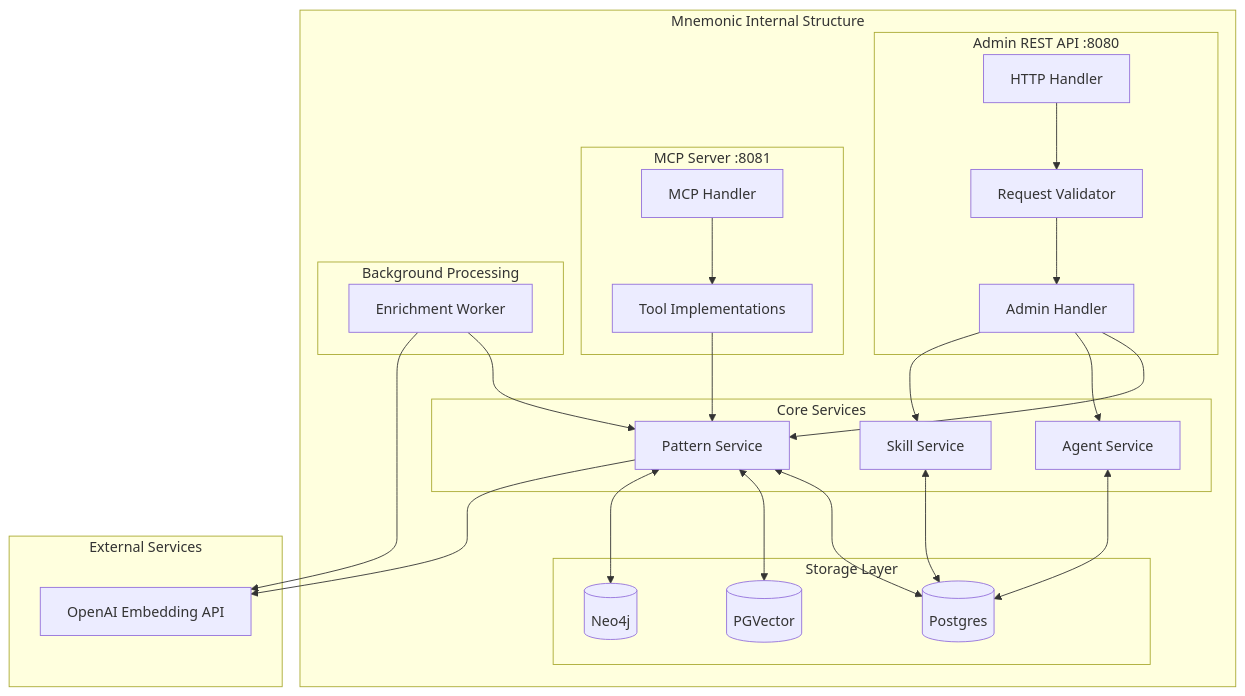
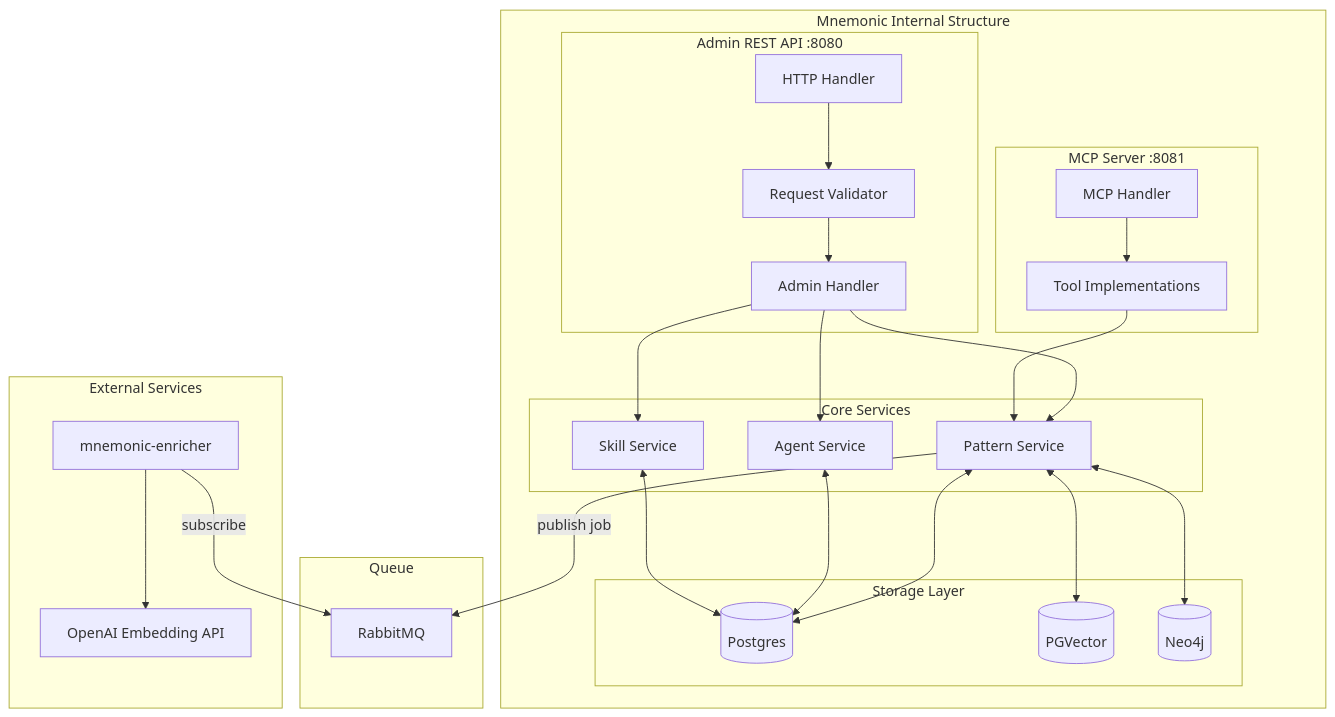
The second of 6 diagrams in docs/architecture/02-system-architecture.md (twistingmercury/mnemonic-api), drawn with Mermaid before and after one commit. The commit also changed 1 other file, not shown here.

Commit message:
docs: update embedding model defaults and fix architecture diagram

````diff
--- a/docs/architecture/02-system-architecture.md
+++ b/docs/architecture/02-system-architecture.md
@@ -84,54 +84,56 @@
 ```mermaid
 graph TB
     subgraph "Mnemonic Internal Structure"
         subgraph "Admin REST API :8080"
             REST_HANDLER[HTTP Handler]
             REST_VALID[Request Validator]
             ADMIN_SVC[Admin Handler]
         end
 
         subgraph "MCP Server :8081"
             MCP_HANDLER[MCP Handler]
             MCP_TOOLS[Tool Implementations]
         end
 
         subgraph "Core Services"
             PATTERN[Pattern Service]
             AGENT[Agent Service]
             SKILL[Skill Service]
         end
 
         subgraph "Storage Layer"
             PG[(Postgres)]
             PGV[(PGVector)]
             NEO[(Neo4j)]
         end
 
-        subgraph "Background Processing"
-            ENRICH[Enrichment Worker]
-        end
+    end
+
+    subgraph "Queue"
+        RMQ[RabbitMQ]
     end
 
     subgraph "External Services"
         OPENAI[OpenAI Embedding API]
+        ENRICHER[mnemonic-enricher]
     end
 
     REST_HANDLER --> REST_VALID
     REST_VALID --> ADMIN_SVC
     ADMIN_SVC --> PATTERN
     ADMIN_SVC --> AGENT
     ADMIN_SVC --> SKILL
 
     MCP_HANDLER --> MCP_TOOLS
     MCP_TOOLS --> PATTERN
 
     PATTERN <--> PG
     PATTERN <--> PGV
     PATTERN <--> NEO
     AGENT <--> PG
     SKILL <--> PG
 
-    ENRICH --> PATTERN
-    ENRICH --> OPENAI
-    PATTERN --> OPENAI
+    PATTERN -->|"publish job"| RMQ
+    ENRICHER -->|"subscribe"| RMQ
+    ENRICHER --> OPENAI
 ```
````
